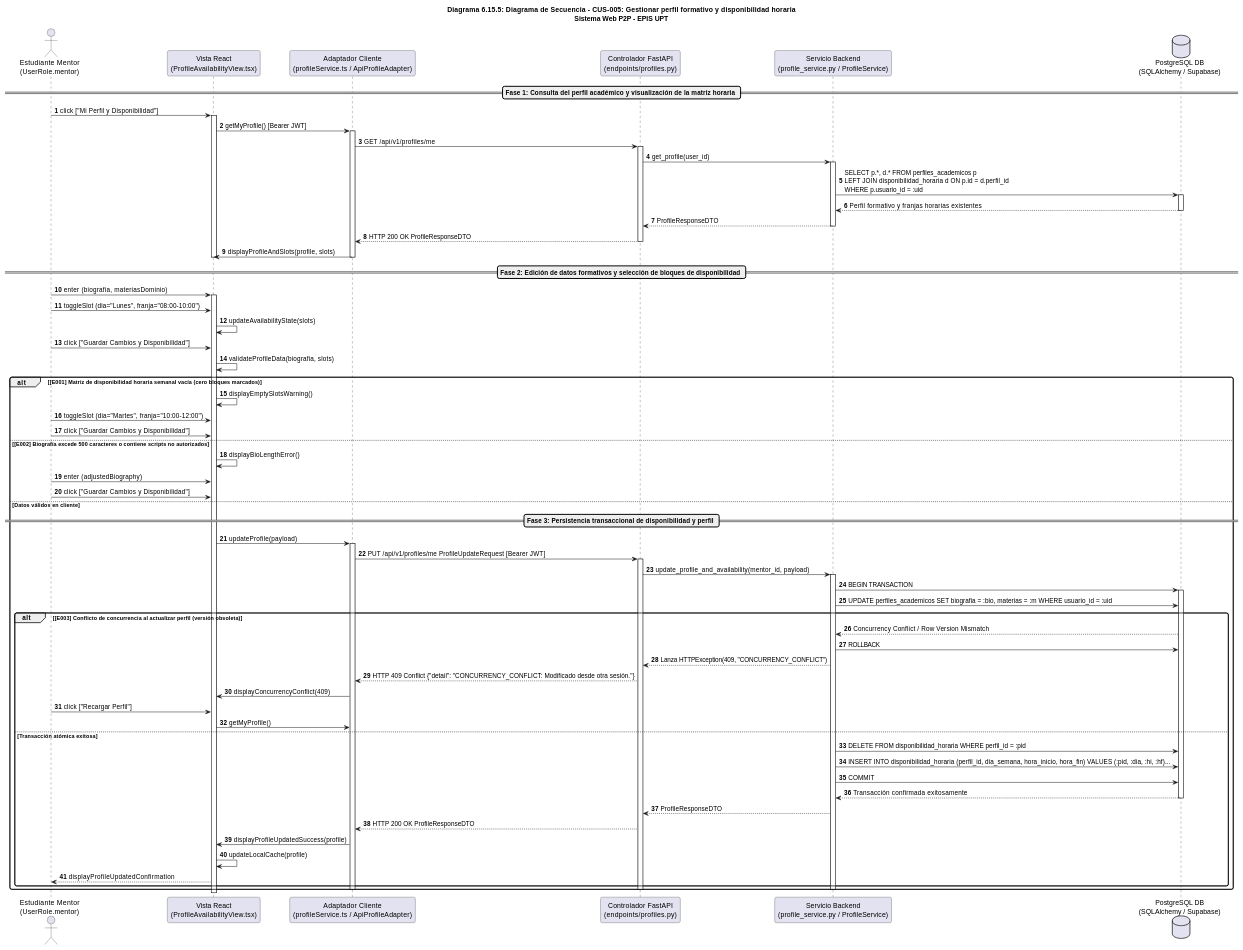
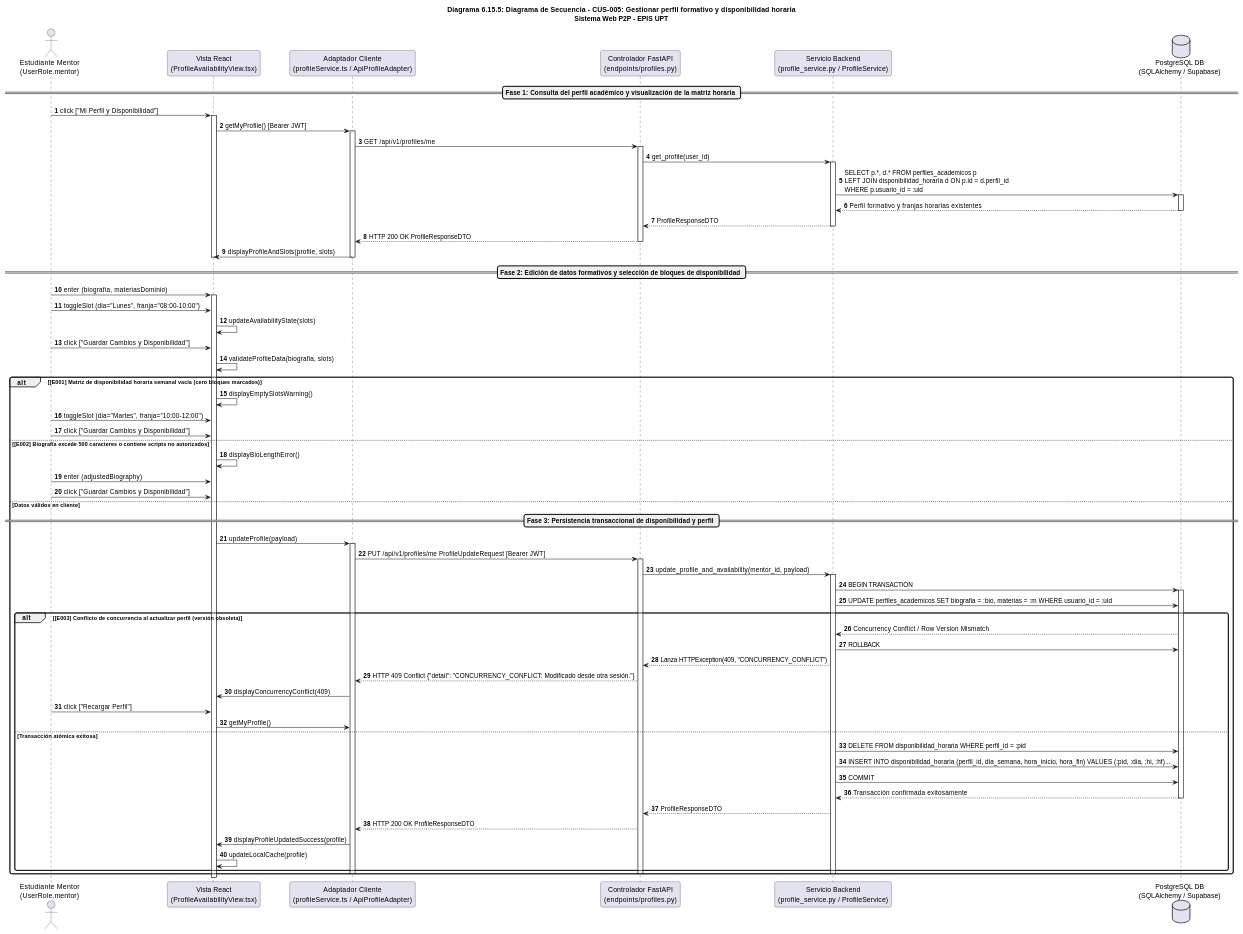
The sixth of 25 diagrams in docs/diseño/DIAGRAMAS_DE_SECUENCIA_CONSOLIDADOS.md (JMedina255/sistema_web_p2p), drawn with PlantUML before and after one commit. The commit also changed other lines of this file and 1 other file, not shown here.

Commit message:
docs(diseño): alinear diagramas de secuencia con estándar Visual Paradigm y flujo de vista estricto

```diff
--- a/docs/diseño/DIAGRAMAS_DE_SECUENCIA_CONSOLIDADOS.md
+++ b/docs/diseño/DIAGRAMAS_DE_SECUENCIA_CONSOLIDADOS.md
@@ -937,7 +925,6 @@
         Client -> UI: displayProfileUpdatedSuccess(profile)
         
         UI -> UI: updateLocalCache(profile)
-        UI --> Mentor: displayProfileUpdatedConfirmation
     end
     deactivate Service
     deactivate API
```
